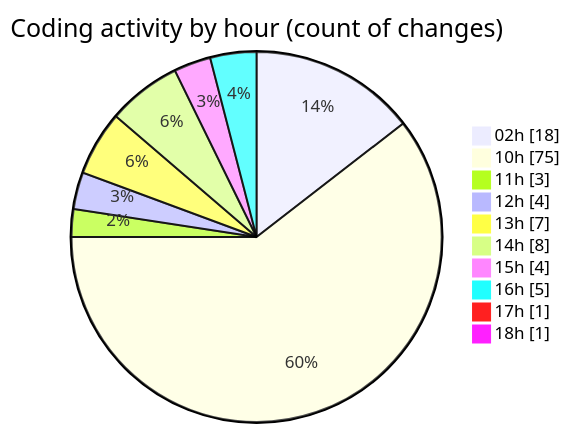
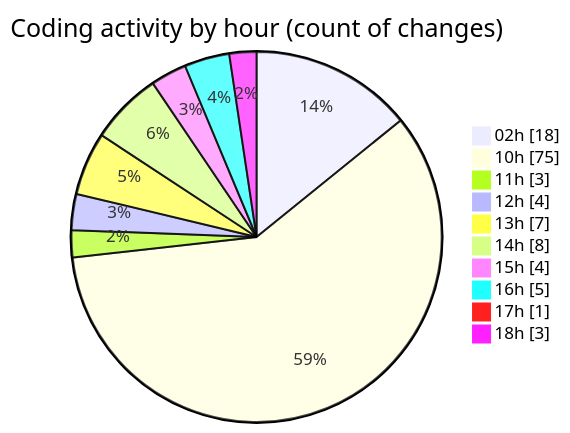
Before and after one commit to shibass792/code-tracking: the second of 2 diagrams in 2026-07-08/twenty_versions_aminor/README.md, drawn with Mermaid. The commit also changed other lines of this file and 1 other file, not shown here.

````diff
--- a/2026-07-08/twenty_versions_aminor/README.md
+++ b/2026-07-08/twenty_versions_aminor/README.md
@@ -41,14 +43,14 @@
 ```mermaid
 pie showData
 title Coding activity by hour (count of changes)
 "02h" : 18
 "10h" : 75
 "11h" : 3
 "12h" : 4
 "13h" : 7
 "14h" : 8
 "15h" : 4
 "16h" : 5
 "17h" : 1
-"18h" : 1
+"18h" : 3
 ```
````
